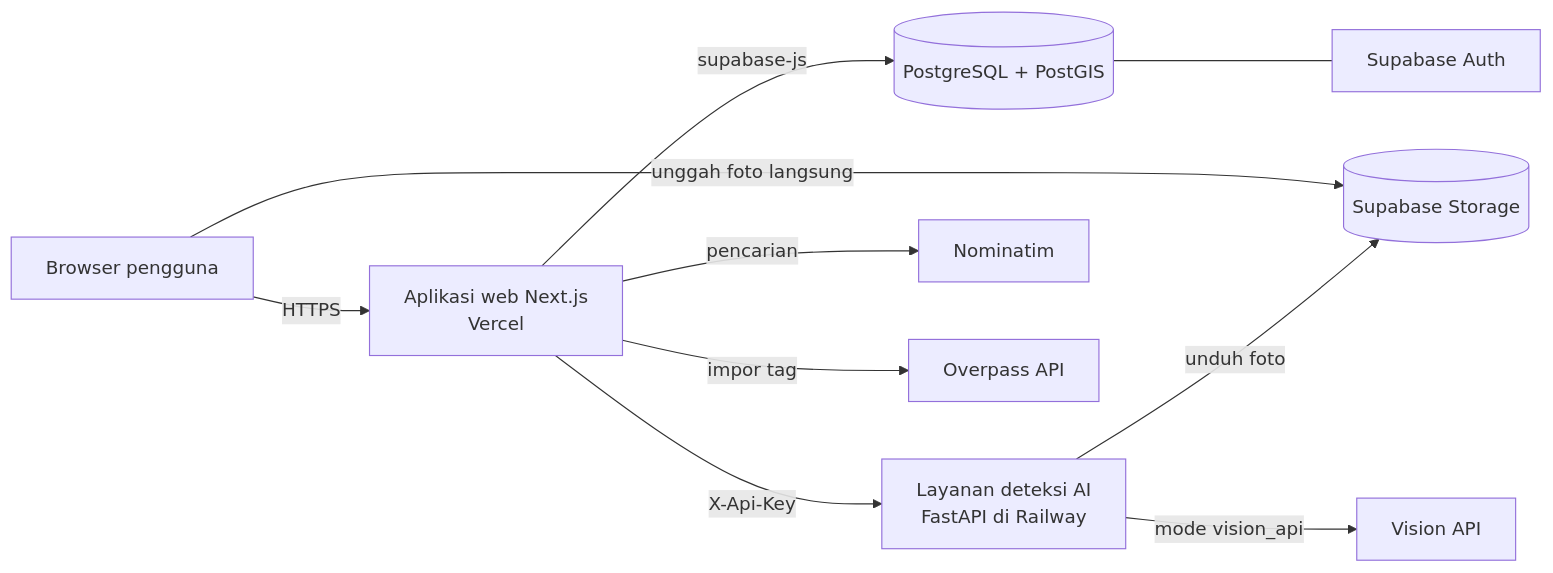
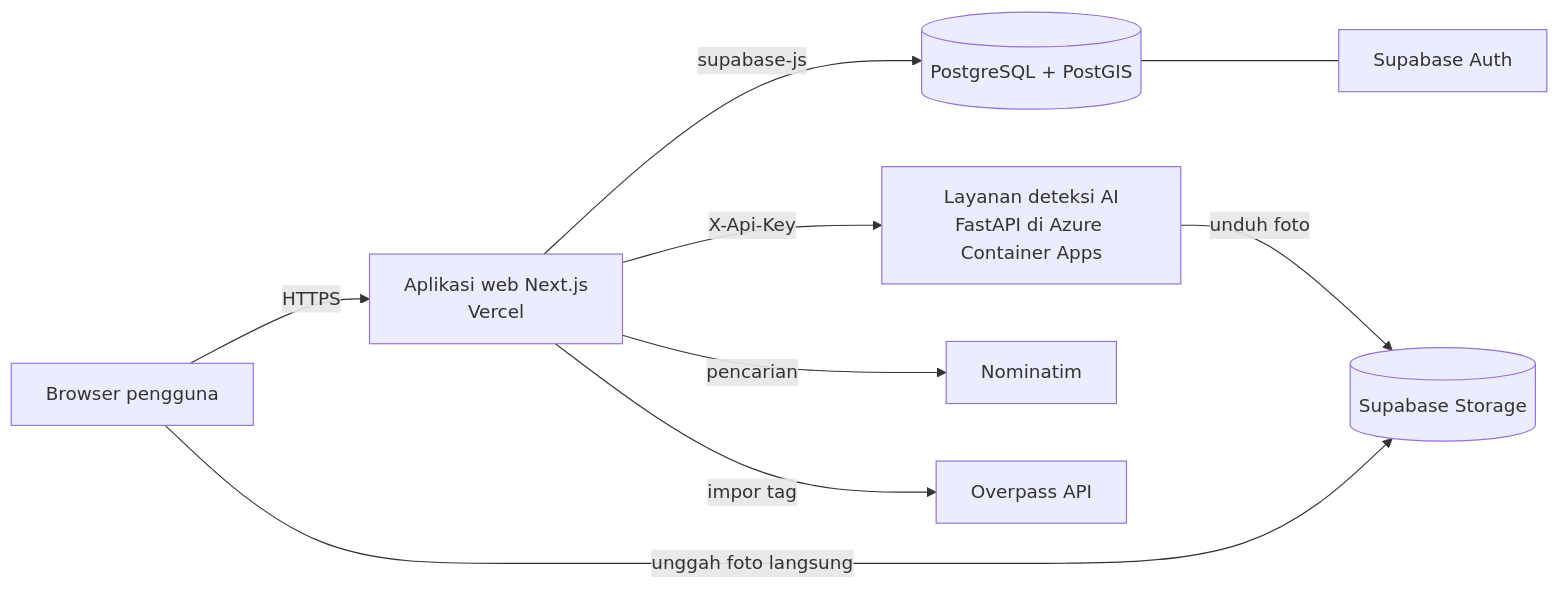
The diagram in docs/plans/01-arsitektur.md (Nabil-Aufa/aksesin), drawn with Mermaid before and after one commit. The commit also changed other lines of this file and 3 other files, not shown here.

````diff
--- a/docs/plans/01-arsitektur.md
+++ b/docs/plans/01-arsitektur.md
@@ -26,12 +26,11 @@
 ```mermaid
 flowchart LR
     B[Browser pengguna] -->|HTTPS| W[Aplikasi web Next.js<br/>Vercel]
     B -->|unggah foto langsung| ST[(Supabase Storage)]
     W -->|supabase-js| DB[(PostgreSQL + PostGIS)]
-    W -->|X-Api-Key| AI[Layanan deteksi AI<br/>FastAPI di Railway]
+    W -->|X-Api-Key| AI[Layanan deteksi AI<br/>FastAPI di Azure Container Apps]
     W -->|pencarian| NOM[Nominatim]
     W -->|impor tag| OVP[Overpass API]
     AI -->|unduh foto| ST
-    AI -->|mode vision_api| VAPI[Vision API]
     DB --- AUTH[Supabase Auth]
 ```
````
